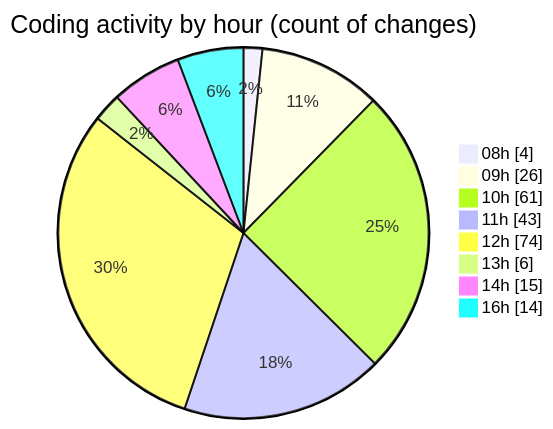
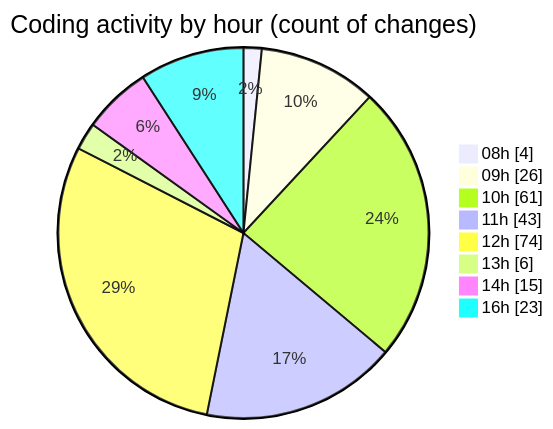
Before and after one commit to becaeroporto-bot/code-tracking: the second of 2 diagrams in 2026-02-19/bot_v1_2/README.md, drawn with Mermaid. The commit also changed other lines of this file and 1 other file, not shown here.

````diff
--- a/2026-02-19/bot_v1_2/README.md
+++ b/2026-02-19/bot_v1_2/README.md
@@ -37,12 +37,12 @@
 ```mermaid
 pie showData
 title Coding activity by hour (count of changes)
 "08h" : 4
 "09h" : 26
 "10h" : 61
 "11h" : 43
 "12h" : 74
 "13h" : 6
 "14h" : 15
-"16h" : 14
+"16h" : 23
 ```
````
